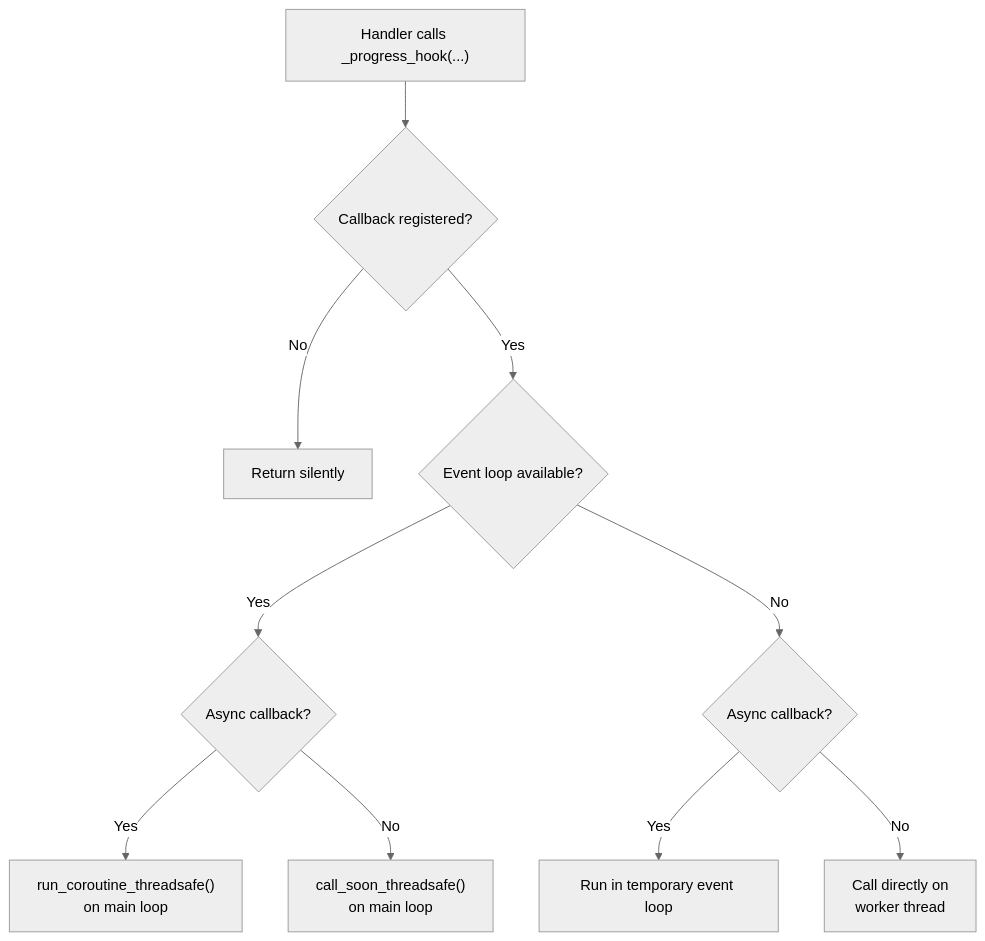
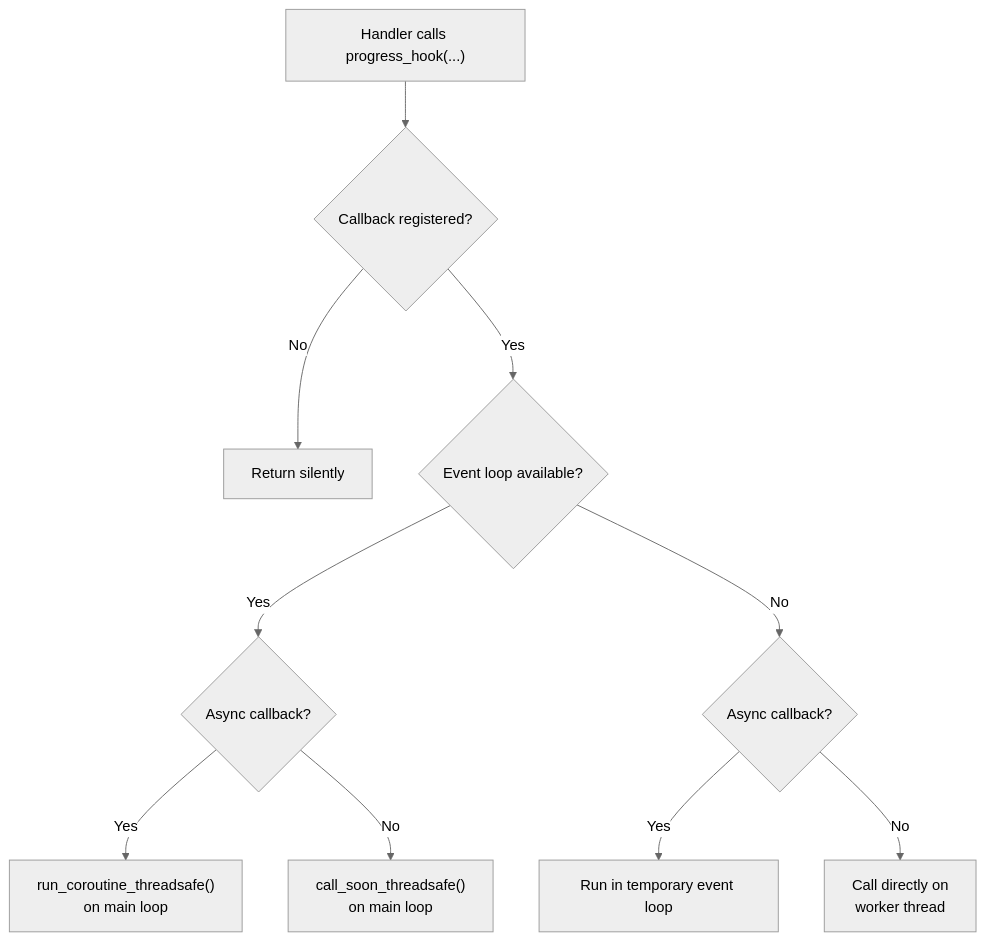
Before and after one commit to nandyalu/quiv: the first of 3 diagrams in docs/progress-callbacks.md, drawn with Mermaid (neutral theme). The commit also changed other lines of this file and 31 other files, not shown here.

````diff
--- a/docs/progress-callbacks.md
+++ b/docs/progress-callbacks.md
@@ -9,15 +9,15 @@
 ```mermaid
 flowchart TD
-    A["Handler calls _progress_hook(...)"] --> B{Callback registered?}
+    A["Handler calls progress_hook(...)"] --> B{Callback registered?}
     B -- No --> C[Return silently]
     B -- Yes --> D{Event loop available?}
     D -- Yes --> E{Async callback?}
     D -- No --> F{Async callback?}
     E -- Yes --> G["run_coroutine_threadsafe()
     on main loop"]
     E -- No --> H["call_soon_threadsafe()
     on main loop"]
     F -- Yes --> I["Run in temporary event loop"]
     F -- No --> J["Call directly on
     worker thread"]
 ```
````
